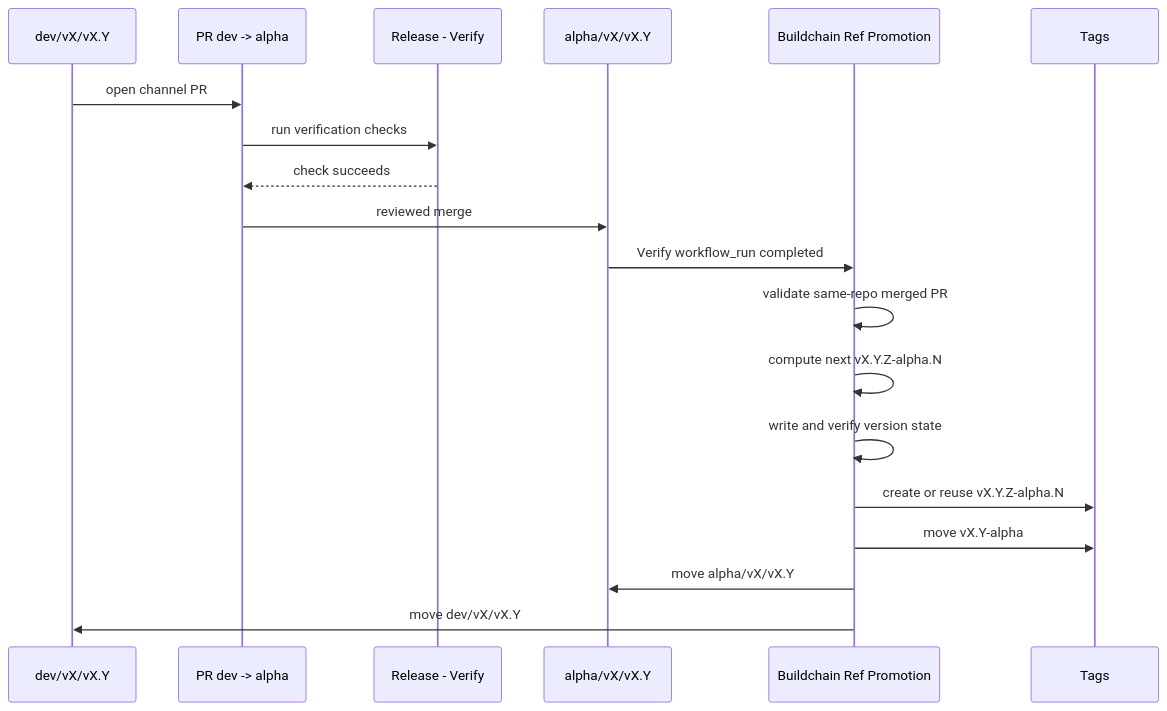
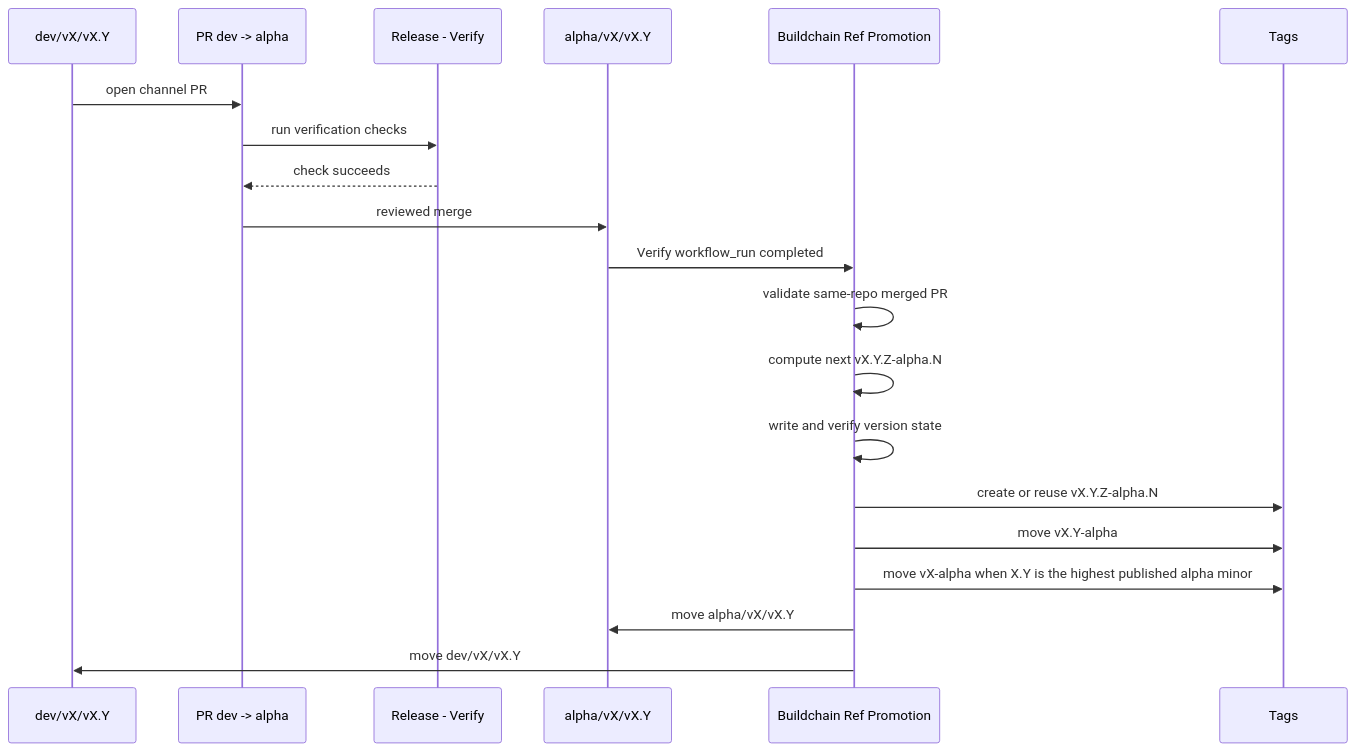
Before and after one commit to kungfu-systems/buildchain: the second of 5 diagrams in docs/release-flow.md, drawn with Mermaid. The commit also changed other lines of this file and 20 other files, not shown here.

````diff
--- a/docs/release-flow.md
+++ b/docs/release-flow.md
@@ -118,22 +119,23 @@
 ```mermaid
 sequenceDiagram
   participant Dev as dev/vX/vX.Y
   participant PR as PR dev -> alpha
   participant Verify as Release - Verify
   participant Alpha as alpha/vX/vX.Y
   participant Promote as Buildchain Ref Promotion
   participant Tags as Tags
 
   Dev->>PR: open channel PR
   PR->>Verify: run verification checks
   Verify-->>PR: check succeeds
   PR->>Alpha: reviewed merge
   Alpha->>Promote: Verify workflow_run completed
   Promote->>Promote: validate same-repo merged PR
   Promote->>Promote: compute next vX.Y.Z-alpha.N
   Promote->>Promote: write and verify version state
   Promote->>Tags: create or reuse vX.Y.Z-alpha.N
   Promote->>Tags: move vX.Y-alpha
+  Promote->>Tags: move vX-alpha when X.Y is the highest published alpha minor
   Promote->>Alpha: move alpha/vX/vX.Y
   Promote->>Dev: move dev/vX/vX.Y
 ```
````
